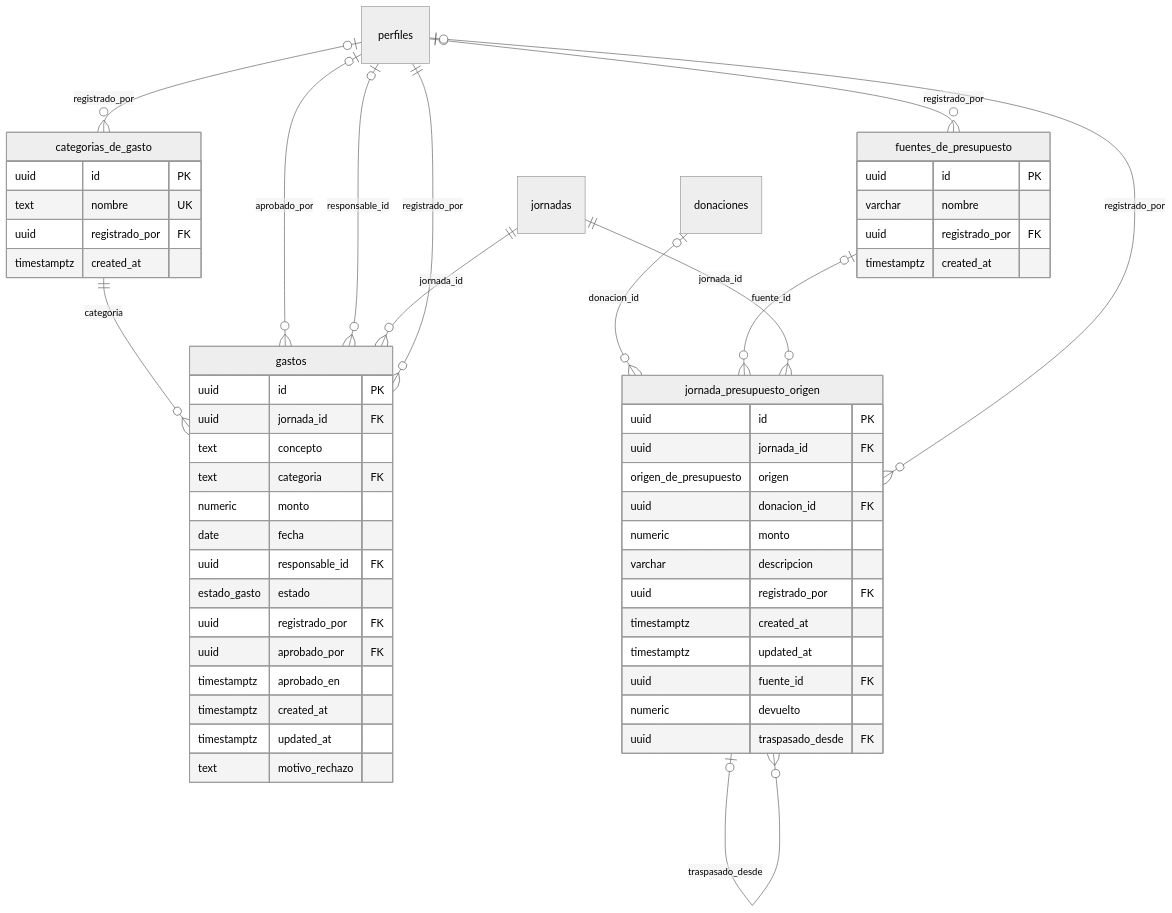
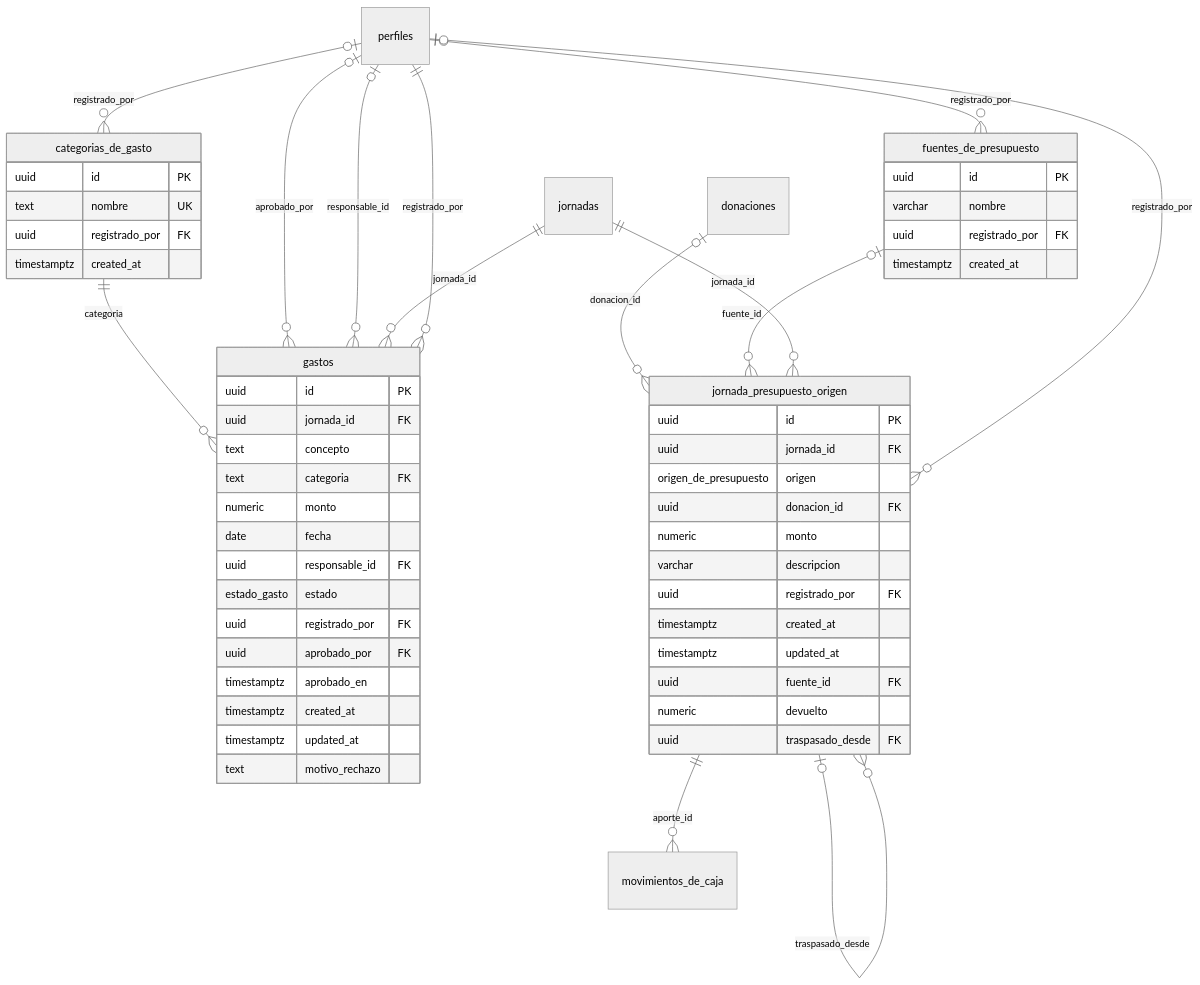
The seventh of 11 diagrams in docs/DICCIONARIO-DE-DATOS.md (URL-ECOPAC/Ecopac-Digital), drawn with Mermaid (neutral theme) before and after one commit. The commit also changed other lines of this file and 23 other files, not shown here.

````diff
--- a/docs/DICCIONARIO-DE-DATOS.md
+++ b/docs/DICCIONARIO-DE-DATOS.md
@@ -669,57 +677,58 @@
 ```mermaid
 erDiagram
   gastos {
     uuid id PK
     uuid jornada_id FK
     text concepto
     text categoria FK
     numeric monto
     date fecha
     uuid responsable_id FK
     estado_gasto estado
     uuid registrado_por FK
     uuid aprobado_por FK
     timestamptz aprobado_en
     timestamptz created_at
     timestamptz updated_at
     text motivo_rechazo
   }
   categorias_de_gasto {
     uuid id PK
     text nombre UK
     uuid registrado_por FK
     timestamptz created_at
   }
   fuentes_de_presupuesto {
     uuid id PK
     varchar nombre
     uuid registrado_por FK
     timestamptz created_at
   }
   jornada_presupuesto_origen {
     uuid id PK
     uuid jornada_id FK
     origen_de_presupuesto origen
     uuid donacion_id FK
     numeric monto
     varchar descripcion
     uuid registrado_por FK
     timestamptz created_at
     timestamptz updated_at
     uuid fuente_id FK
     numeric devuelto
     uuid traspasado_desde FK
   }
   perfiles |o--o{ categorias_de_gasto : "registrado_por"
   perfiles |o--o{ fuentes_de_presupuesto : "registrado_por"
   categorias_de_gasto ||--o{ gastos : "categoria"
   perfiles |o--o{ gastos : "aprobado_por"
   perfiles |o--o{ gastos : "responsable_id"
   jornadas ||--o{ gastos : "jornada_id"
   perfiles ||--o{ gastos : "registrado_por"
   donaciones |o--o{ jornada_presupuesto_origen : "donacion_id"
   fuentes_de_presupuesto |o--o{ jornada_presupuesto_origen : "fuente_id"
   jornadas ||--o{ jornada_presupuesto_origen : "jornada_id"
   perfiles |o--o{ jornada_presupuesto_origen : "registrado_por"
   jornada_presupuesto_origen |o--o{ jornada_presupuesto_origen : "traspasado_desde"
+  jornada_presupuesto_origen ||--o{ movimientos_de_caja : "aporte_id"
 ```
````
